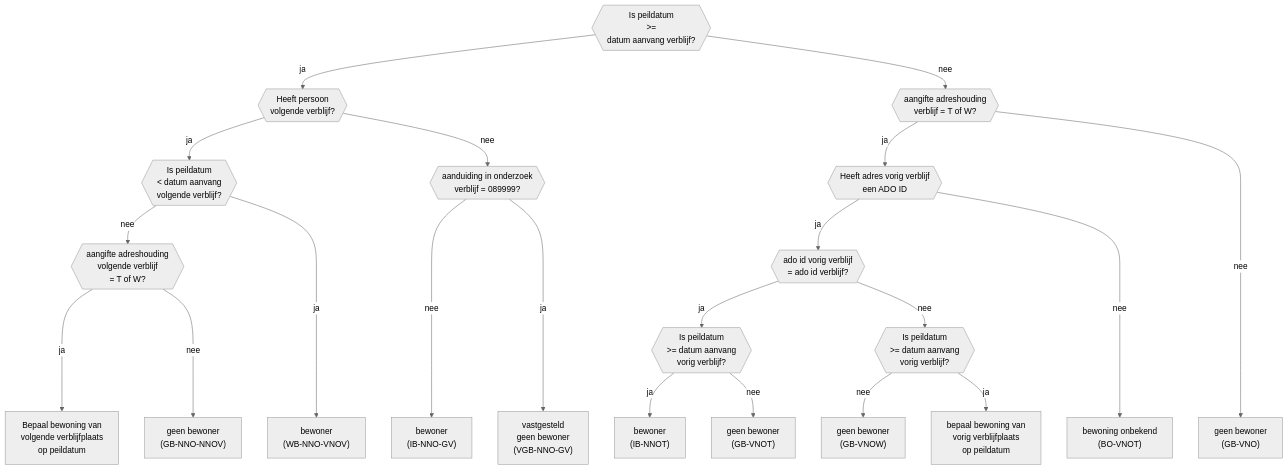
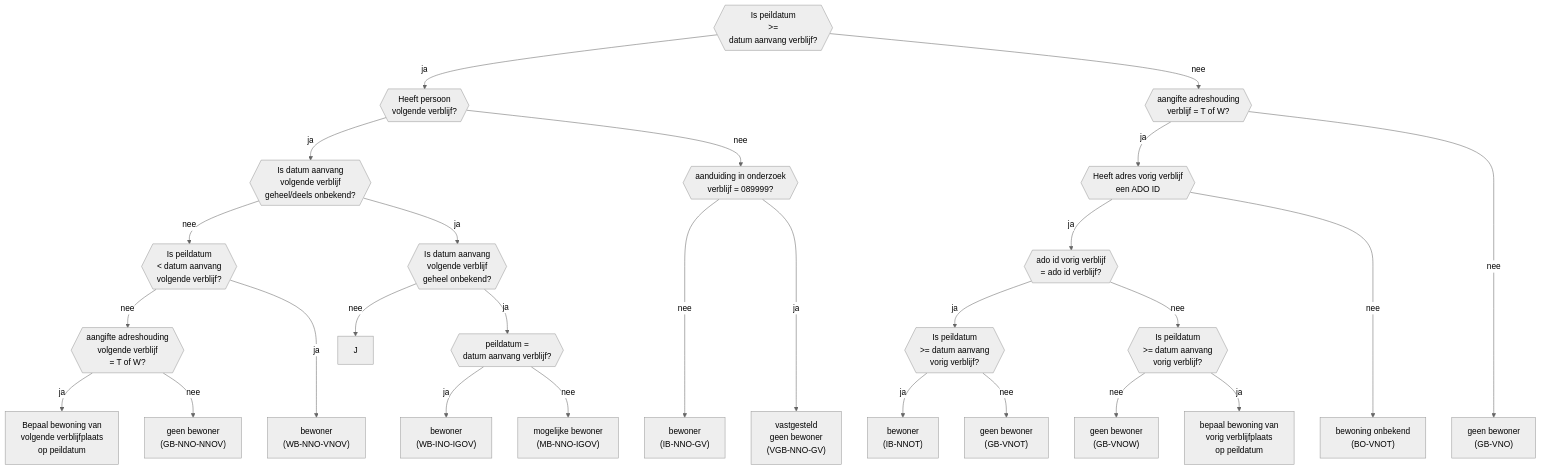
The second of 2 diagrams in docs/bewoning-op-peildatum.md (BRP-API/Haal-Centraal-BRP-bewoning), drawn with Mermaid (neutral theme) before and after one commit. The commit also changed other lines of this file and 1 other file, not shown here.

Commit message:
chore(docs): bekend en geheel onbekend datum aanvang flow toegevoegd

````diff
--- a/docs/bewoning-op-peildatum.md
+++ b/docs/bewoning-op-peildatum.md
@@ -40,26 +40,43 @@
     B1{{"Heeft persoon
     volgende verblijf?"}}
     B1 -- ja --> B2
-    B1 -- nee --> B5
+    B1 -- nee --> B6
 
-        B2{{"Is peildatum
-        < datum aanvang
-        volgende verblijf?"}}
+        B2{{"Is datum aanvang
+        volgende verblijf
+        geheel/deels onbekend?"}}
         B2 -- nee --> B3
-        B2 -- ja ----> WB-NNO-VNOV
+        B2 -- ja --> I
 
-        B3{{"aangifte adreshouding
+            B3{{"Is peildatum
+            < datum aanvang
+            volgende verblijf?"}}
+            B3 -- nee --> B4
+            B3 -- ja ---> WB-NNO-VNOV
+
+                B4{{"aangifte adreshouding
+                volgende verblijf
+                = T of W?"}}
+                B4 -- ja --> B5["Bepaal bewoning van
+                volgende verblijfplaats
+                op peildatum"]
+                B4 -- nee --> GB-NNO-NNOV
+
+        B6{{"aanduiding in onderzoek
+        verblijf = 089999?"}}
+        B6 -- nee ----> IB-NNO-GV
+        B6 -- ja ----> VGB-NNO-GV
+
+        I{{"Is datum aanvang
         volgende verblijf
-        = T of W?"}}
-        B3 -- ja ---> B4["Bepaal bewoning van
-        volgende verblijfplaats
-        op peildatum"]
-        B3 -- nee ---> GB-NNO-NNOV
+        geheel onbekend?"}}
+        I -- ja --> I1
+        I -- nee --> J
 
-        B5{{"aanduiding in onderzoek
-        verblijf = 089999?"}}
-        B5 -- nee ----> IB-NNO-GV
-        B5 -- ja ----> VGB-NNO-GV
+            I1{{"peildatum =
+            datum aanvang verblijf?"}}
+            I1 -- ja --> WB-INO-IGOV
+            I1 -- nee --> MB-NNO-IGOV
 
     C{{"aangifte adreshouding
     verblijf = T of W?"}}
@@ -127,4 +144,12 @@
 (GB-VNOW)"]
 %% persoon met bekend datum aanvang verblijf en aangifte adreshouding = W en peildatum valt vóór datum aanvang vorig verblijf %%
 
+WB-INO-IGOV["bewoner
+(WB-INO-IGOV)"]
+%% persoon met bekend datum aanvang verblijf en geheel onbekend datum aanvang volgend verblijf en peildatum valt op datum aanvang verblijf %%
+
+MB-NNO-IGOV["mogelijke bewoner
+(MB-NNO-IGOV)"]
+%% persoon met bekend datum aanvang verblijf en geheel onbekend datum aanvang volgend verblijf en peildatum valt na datum aanvang verblijf %%
+
 ```
````
